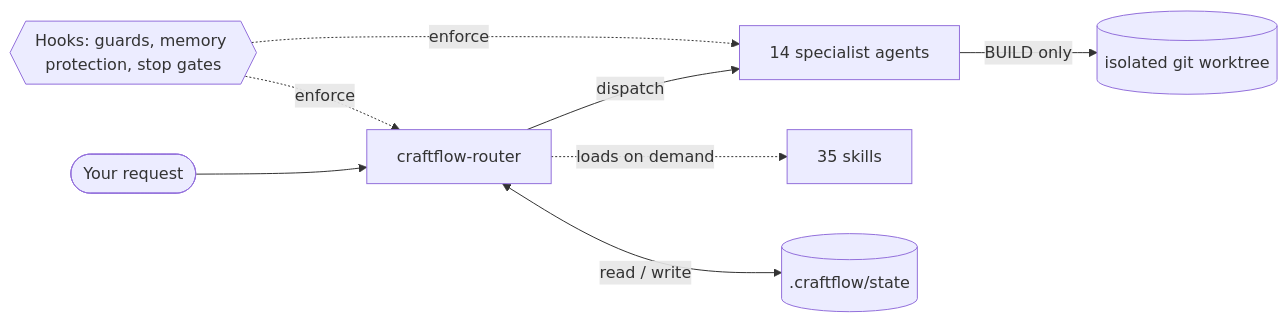
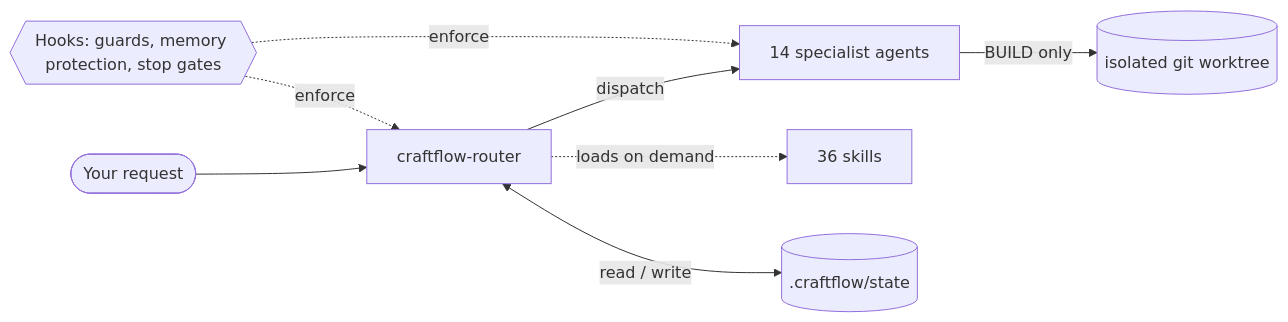
The first of 2 diagrams in README.md (aicraft-sdk/craftflow), drawn with Mermaid before and after one commit. The commit also changed other lines of this file and 22 other files, not shown here.

````diff
--- a/README.md
+++ b/README.md
@@ -49,10 +49,10 @@
 ```mermaid
 flowchart LR
     U([Your request]) --> R[craftflow-router]
     R -->|dispatch| A[14 specialist agents]
-    R -.->|loads on demand| S[35 skills]
+    R -.->|loads on demand| S[36 skills]
     A -->|BUILD only| W[(isolated git worktree)]
     R <-->|read / write| ST[(.craftflow/state)]
     H{{Hooks: guards, memory protection, stop gates}} -.->|enforce| R
     H -.->|enforce| A
 ```
````
